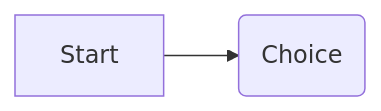
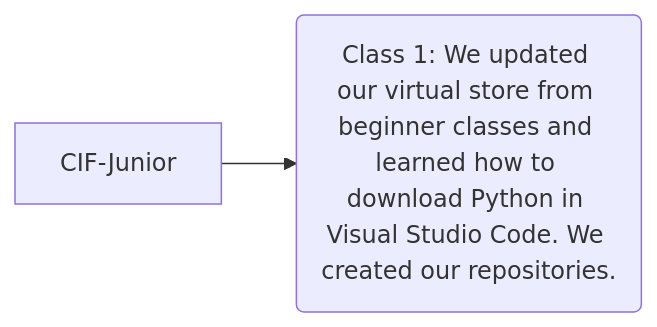
One commit to deoclabber/CIF-Junior changed the diagram in README.md. Above: the diagram before and after it, drawn with Mermaid.

````diff
--- a/README.md
+++ b/README.md
@@ -9,4 +9,4 @@
 ```mermaid
 graph LR;
-  A[Start] --> B(Choice);
+  A[CIF-Junior] --> B(Class 1: We updated our virtual store from beginner classes and learned how to download Python in Visual Studio Code. We created our repositories.);
 ```
````
